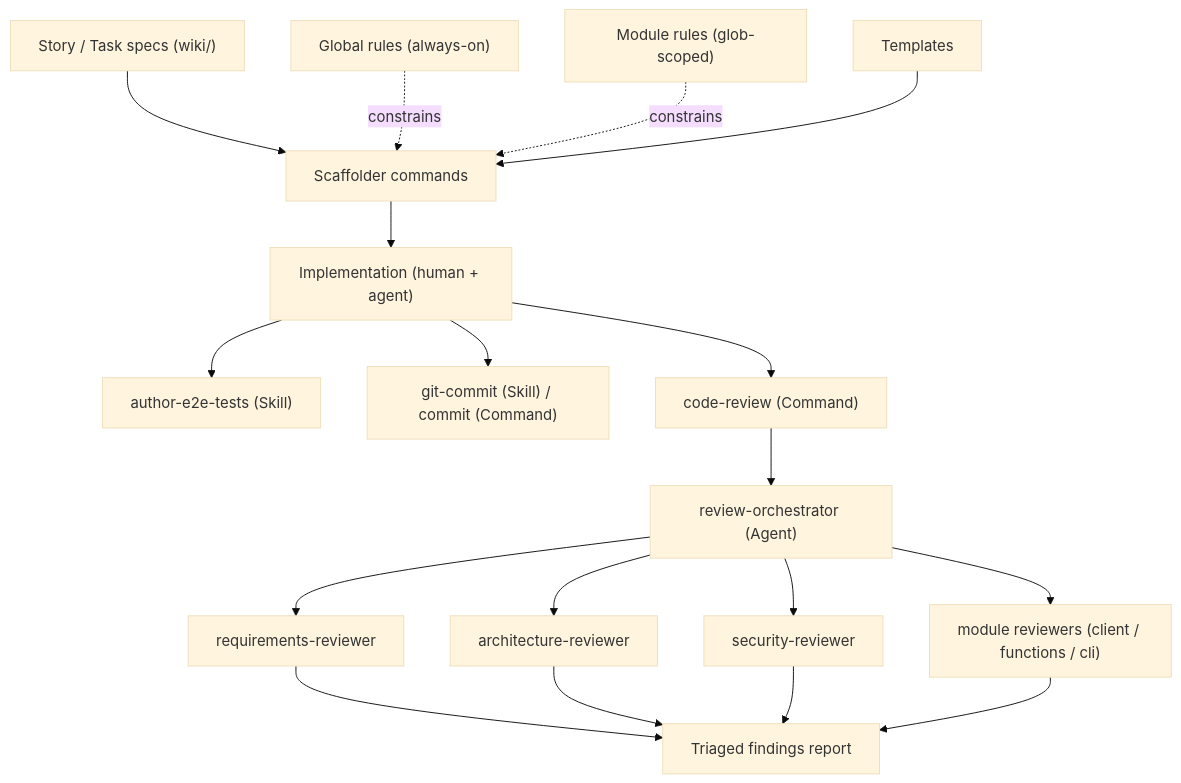
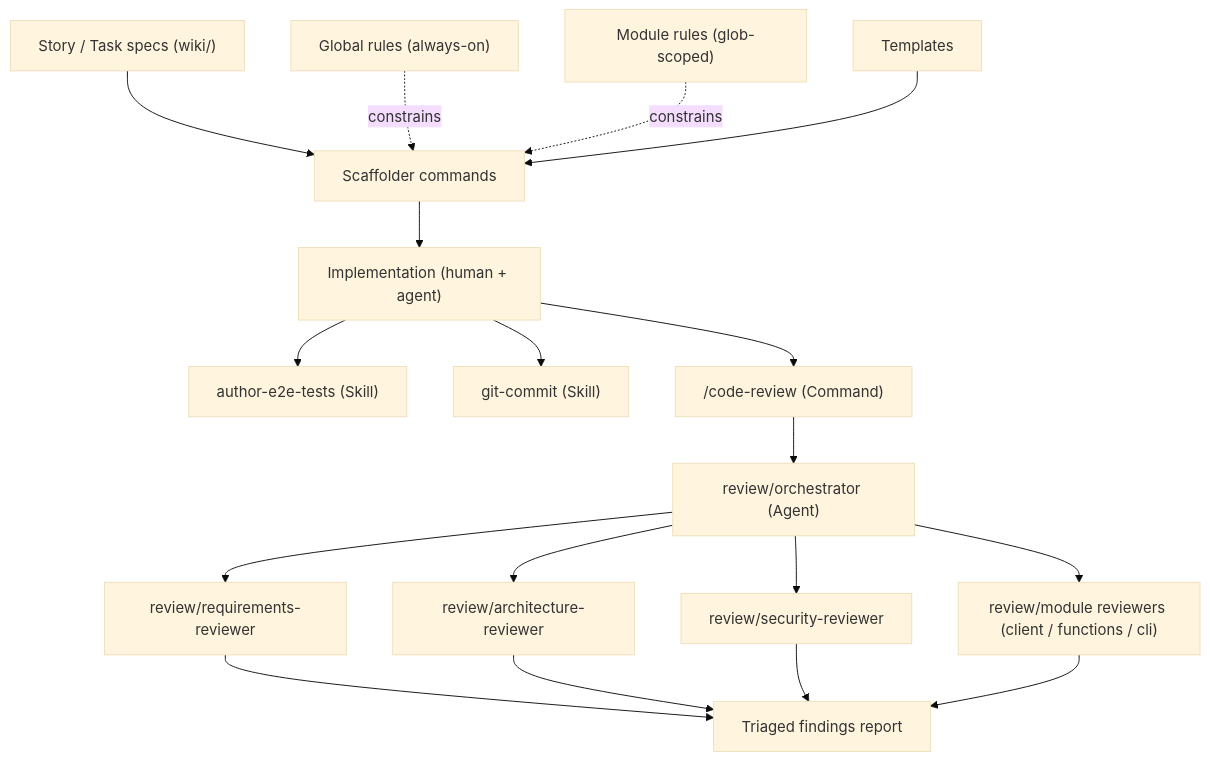
The first of 3 diagrams in wiki/ai-dev-ecosystem.md (dosandk/SkillStack), drawn with Mermaid (base theme) before and after one commit. The commit also changed other lines of this file, not shown here.

````diff
--- a/wiki/ai-dev-ecosystem.md
+++ b/wiki/ai-dev-ecosystem.md
@@ -80,17 +80,17 @@
 ```mermaid
 flowchart TD
   Spec["Story / Task specs (wiki/)"] --> Scaffold["Scaffolder commands"]
   GlobalRules["Global rules (always-on)"] -.constrains.-> Scaffold
   ModuleRules["Module rules (glob-scoped)"] -.constrains.-> Scaffold
   Templates["Templates"] --> Scaffold
   Scaffold --> Implement["Implementation (human + agent)"]
   Implement --> E2E["author-e2e-tests (Skill)"]
-  Implement --> Commit["git-commit (Skill) / commit (Command)"]
-  Implement --> CodeReview["code-review (Command)"]
-  CodeReview --> Orchestrator["review-orchestrator (Agent)"]
-  Orchestrator --> ReqRev["requirements-reviewer"]
-  Orchestrator --> ArchRev["architecture-reviewer"]
-  Orchestrator --> SecRev["security-reviewer"]
-  Orchestrator --> ModRev["module reviewers (client / functions / cli)"]
+  Implement --> Commit["git-commit (Skill)"]
+  Implement --> CodeReview["/code-review (Command)"]
+  CodeReview --> Orchestrator["review/orchestrator (Agent)"]
+  Orchestrator --> ReqRev["review/requirements-reviewer"]
+  Orchestrator --> ArchRev["review/architecture-reviewer"]
+  Orchestrator --> SecRev["review/security-reviewer"]
+  Orchestrator --> ModRev["review/module reviewers (client / functions / cli)"]
   ReqRev & ArchRev & SecRev & ModRev --> Report["Triaged findings report"]
 ```
````
